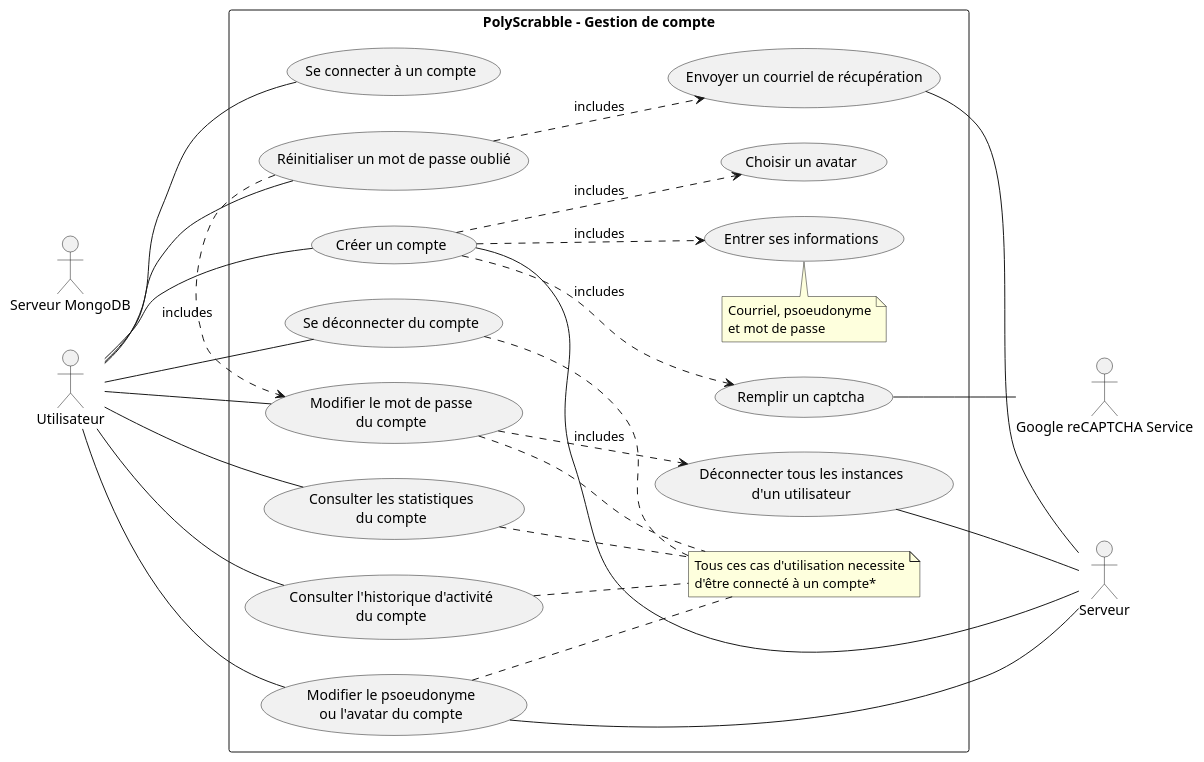
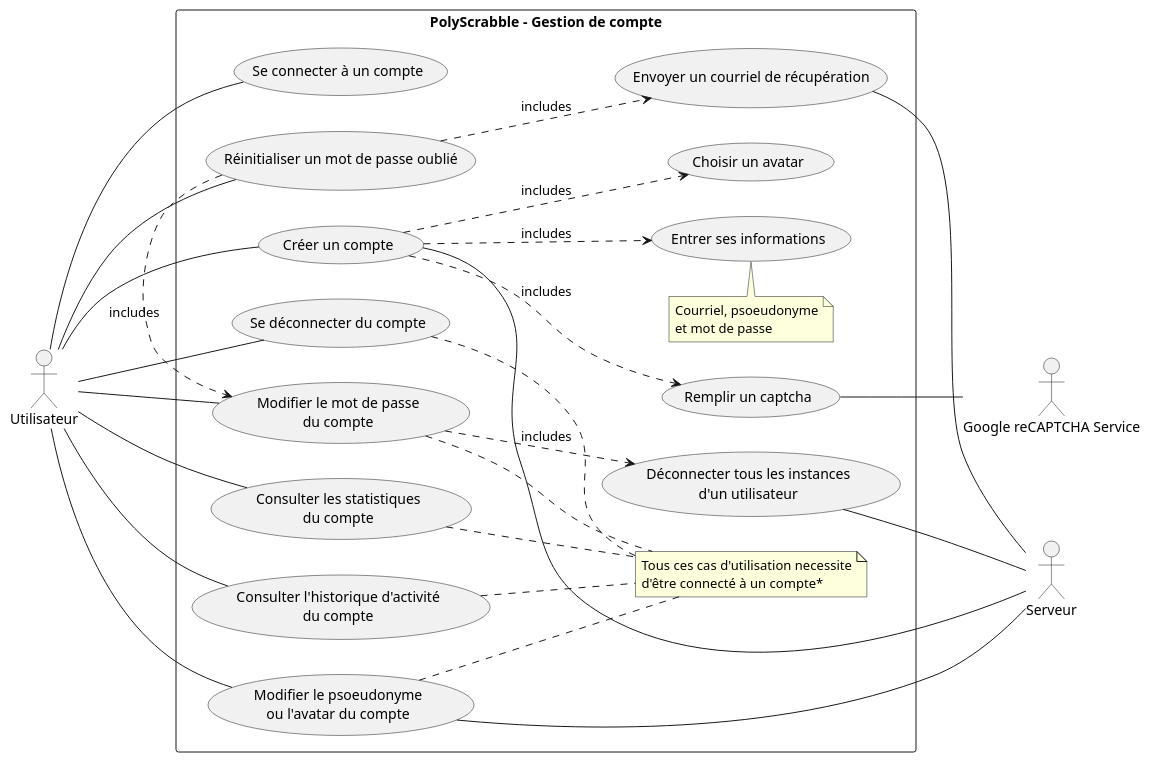
Before and after one commit to yasskadd/Scrabble: the second of 11 diagrams in doc/LOG3900-110_Architecture_Logiciel.md, drawn with PlantUML. The commit also changed other lines of this file, not shown here.

Commit message:
more diagrams added

```diff
--- a/doc/LOG3900-110_Architecture_Logiciel.md
+++ b/doc/LOG3900-110_Architecture_Logiciel.md
@@ -45,59 +45,58 @@
 @startuml
 
 left to right direction
 
 actor Utilisateur as user
 actor Serveur as server
 actor "Google reCAPTCHA Service" as recaptcha
-actor "Serveur MongoDB" as mongodb
 
 rectangle "PolyScrabble - Gestion de compte" {
 usecase "Créer un compte" as UC1
 usecase "Entrer ses informations" as UC1.1
 usecase "Choisir un avatar" as UC1.2
 usecase "Remplir un captcha" as UC1.3
 usecase "Se connecter à un compte" as UC2
 usecase "Modifier le psoeudonyme\nou l'avatar du compte" as UC3
 usecase "Modifier le mot de passe\ndu compte" as UC7
 usecase "Consulter les statistiques\ndu compte" as UC4
 usecase "Consulter l'historique d'activité\ndu compte" as UC5
 usecase "Réinitialiser un mot de passe oublié" as UC6
 usecase "Envoyer un courriel de récupération" as UC6.1
 usecase "Se déconnecter du compte" as UC8
 usecase "Déconnecter tous les instances\nd'un utilisateur" as UC9
 
     note top of UC1.1 : Courriel, psoeudonyme\net mot de passe
 
     note "Tous ces cas d'utilisation necessite\nd'être connecté à un compte*" as Note2
 
 }
 
 user -- UC1
 UC1 ..> UC1.1 : includes
 UC1 ..> UC1.2 : includes
 UC1 ..> UC1.3 : includes
 UC1.3 -- recaptcha
 
 UC3 .. Note2
 UC4 .. Note2
 UC7 .. Note2
 UC5 .. Note2
 UC8 .. Note2
 
 user - UC2
 user -- UC3
 user -- UC4
 user -- UC5
 user -- UC6
 UC6 ..> UC6.1 : includes
 UC6 .> UC7 : includes
 user -- UC7
 UC7 ..> UC9 : includes
 user -- UC8
 
 UC1 -- server
 UC3 -- server
 UC6.1 -- server
 UC9 -- server
 
 @enduml
```
